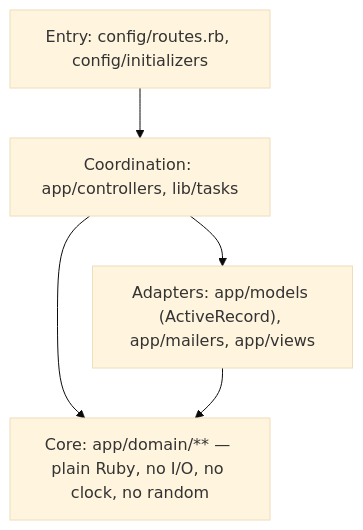
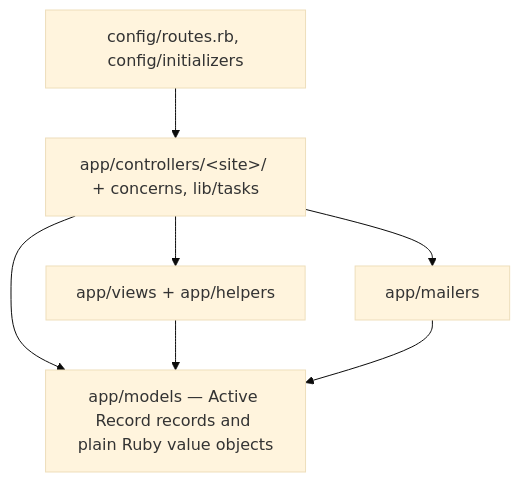
The second of 4 diagrams in prototype/rails/docs/architecture.md (jonathan-beebe/art-store), drawn with Mermaid (base theme) before and after one commit. The commit also changed other lines of this file and 7 other files, not shown here.

````diff
--- a/prototype/rails/docs/architecture.md
+++ b/prototype/rails/docs/architecture.md
@@ -32,8 +34,10 @@
 ```mermaid
 flowchart TD
-    entry["Entry: config/routes.rb, config/initializers"] --> coord
-    coord["Coordination: app/controllers, lib/tasks"] --> core
-    coord --> adapters
-    adapters["Adapters: app/models (ActiveRecord), app/mailers, app/views"] --> core
-    core["Core: app/domain/** — plain Ruby, no I/O, no clock, no random"]
+    entry["config/routes.rb, config/initializers"] --> controllers
+    controllers["app/controllers/&lt;site&gt;/ + concerns, lib/tasks"] --> models
+    controllers --> views
+    views["app/views + app/helpers"] --> models
+    controllers --> mailers
+    mailers["app/mailers"] --> models
+    models["app/models — Active Record records and plain Ruby value objects"]
 ```
````
